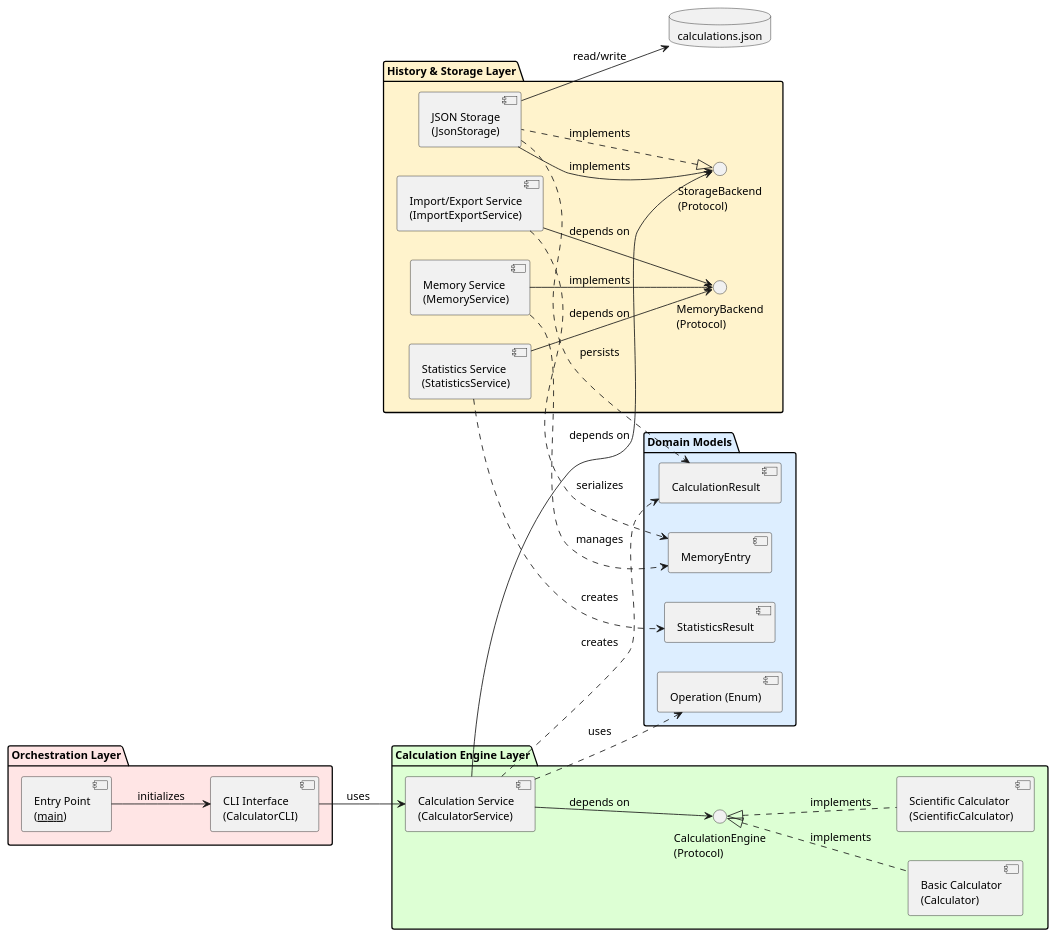
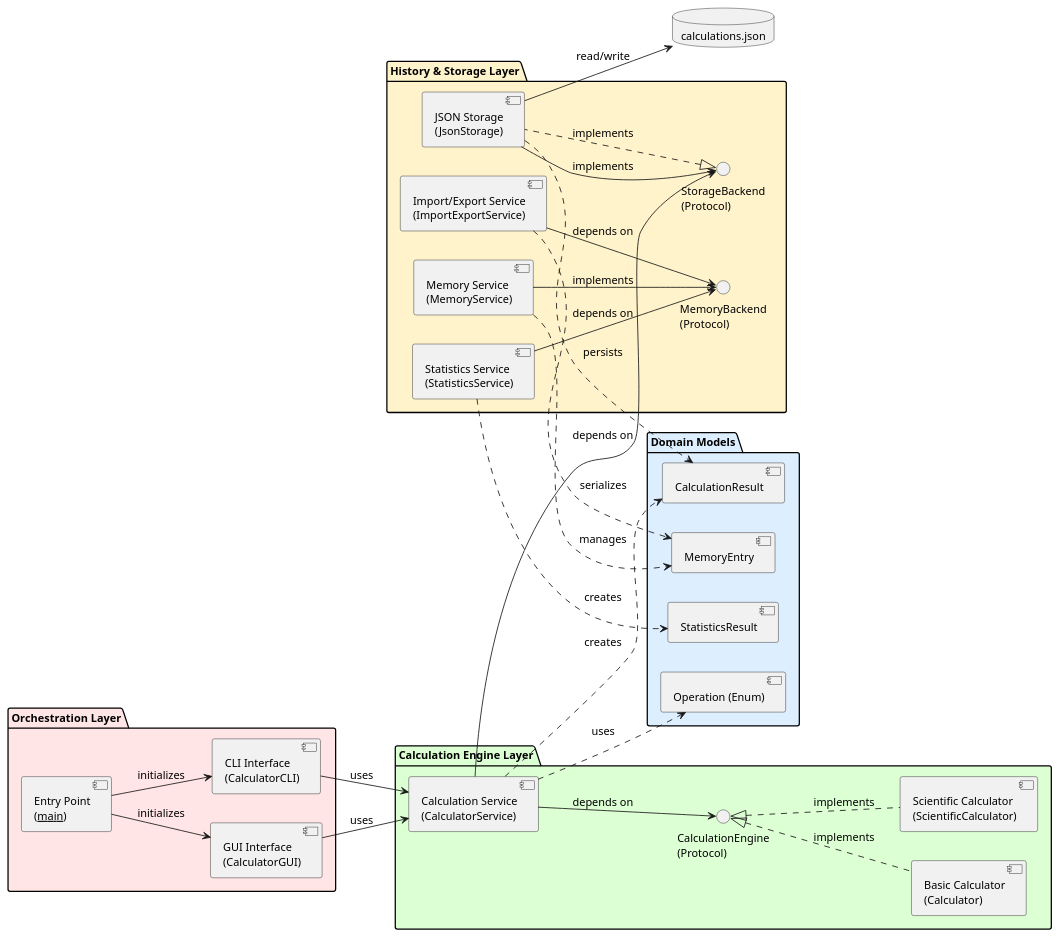
Before and after one commit to DanielRiha8906/Software_autoevolution_using_agents: the diagram in experiments/pipeline/test_driven/calculator/artifacts/component_diagram.puml, drawn with PlantUML. The commit also changed 9 other files, not shown here.

```diff
--- a/experiments/pipeline/test_driven/calculator/artifacts/component_diagram.puml
+++ b/experiments/pipeline/test_driven/calculator/artifacts/component_diagram.puml
@@ -1,58 +1,61 @@
 @startuml component_diagram
 
 skinparam componentStyle uml2
 skinparam defaultFontSize 13
 left to right direction
 
 package "Orchestration Layer" #FFE5E5 {
     component "Entry Point\n(__main__)" as Main
     component "CLI Interface\n(CalculatorCLI)" as CLI
+    component "GUI Interface\n(CalculatorGUI)" as GUI
 }
 
 package "Calculation Engine Layer" #DDFFD4 {
     component "Calculation Service\n(CalculatorService)" as Service
     component "Basic Calculator\n(Calculator)" as BasicCalc
     component "Scientific Calculator\n(ScientificCalculator)" as SciCalc
     interface "CalculationEngine\n(Protocol)" as CalcProto
 }
 
 package "History & Storage Layer" #FFF3CC {
     component "Memory Service\n(MemoryService)" as Memory
     component "Statistics Service\n(StatisticsService)" as Statistics
     component "Import/Export Service\n(ImportExportService)" as ImportExport
     component "JSON Storage\n(JsonStorage)" as Store
     interface "MemoryBackend\n(Protocol)" as MemProto
     interface "StorageBackend\n(Protocol)" as StorProto
 }
 
 package "Domain Models" #DDEEFF {
     component "Operation (Enum)" as OpModel
     component "CalculationResult" as CalcModel
     component "MemoryEntry" as MemModel
     component "StatisticsResult" as StatsModel
 }
 
 database "calculations.json" as DB
 
 Main --> CLI : initializes
+Main --> GUI : initializes
 CLI --> Service : uses
+GUI --> Service : uses
 Service --> CalcProto : depends on
 CalcProto <|.. BasicCalc : implements
 CalcProto <|.. SciCalc : implements
 Service --> StorProto : depends on
 StorProto <|.. Store : implements
 
 Memory --> MemProto : implements
 Statistics --> MemProto : depends on
 ImportExport --> MemProto : depends on
 Store --> StorProto : implements
 Store --> DB : read/write
 
 Service ..> CalcModel : creates
 Service ..> OpModel : uses
 Memory ..> MemModel : manages
 Statistics ..> StatsModel : creates
 ImportExport ..> MemModel : serializes
 Store ..> CalcModel : persists
 
 @enduml
```
